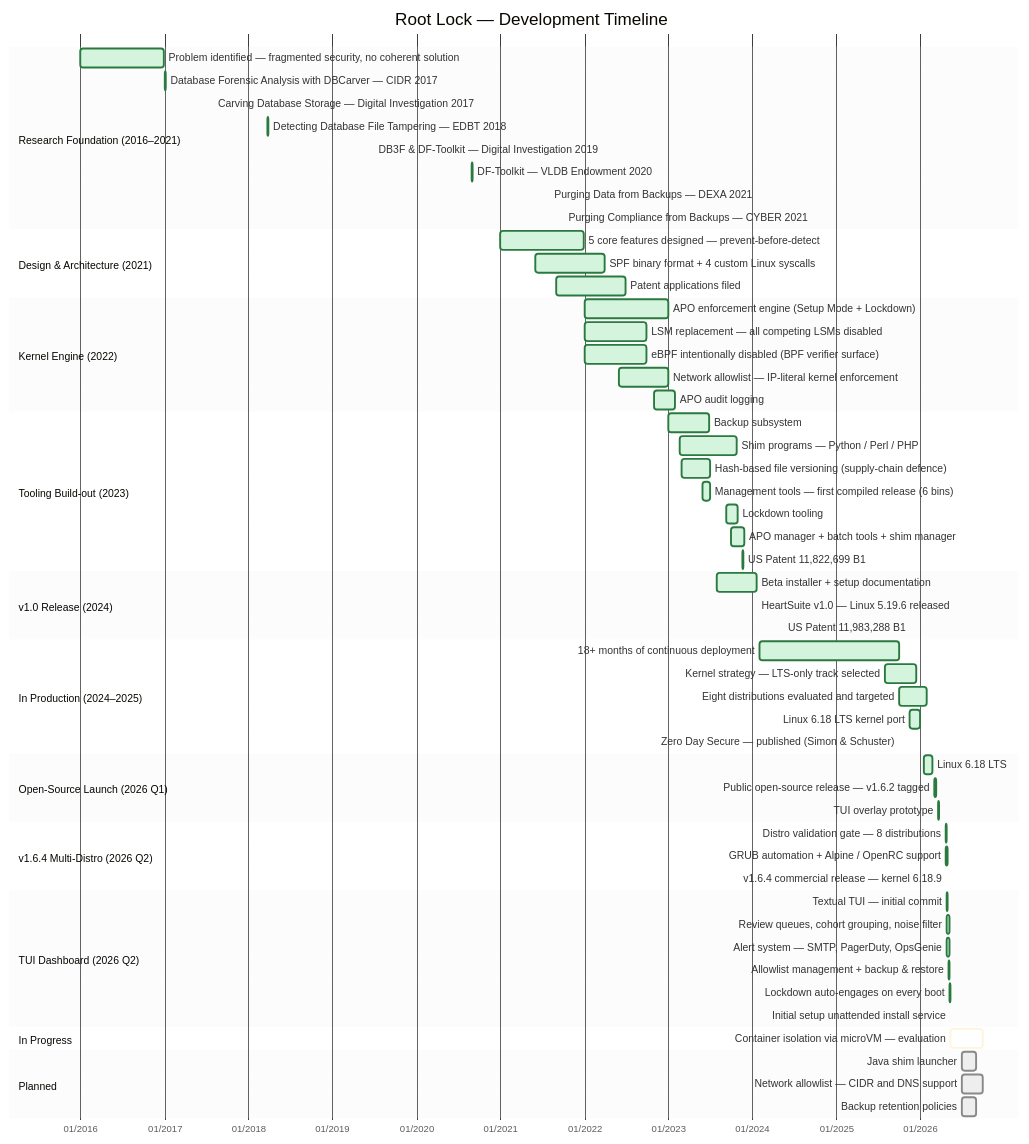
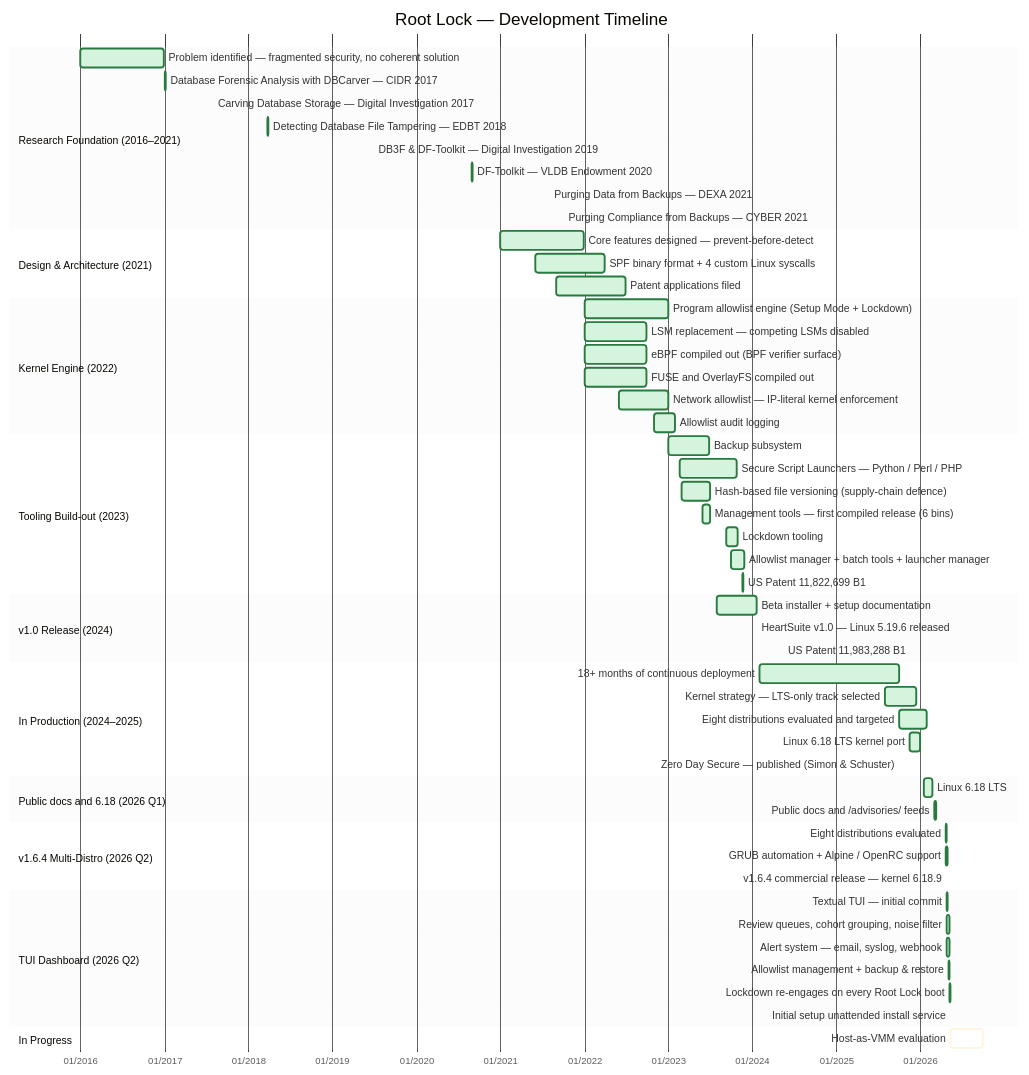
One commit to HeartSecuritySuite/heartsuite-docs changed the diagram in content/en/docs/roadmap/_index.md. Above: the diagram before and after it, drawn with Mermaid. The commit also changed other lines of this file and 6 other files, not shown here.

First line of the commit message:
docs: refresh Roadmap, SOC 2, compliance, and appendix facts

````diff
--- a/content/en/docs/roadmap/_index.md
+++ b/content/en/docs/roadmap/_index.md
@@ -26,76 +28,71 @@
 ```mermaid
 %%{init: {'theme':'base', 'themeVariables': {'doneTaskBkgColor':'#d4f4dd','doneTaskBorderColor':'#2a7a40','sectionBkgColor':'#eee','sectionBkgColor2':'#eee','taskBkgColor':'#eee','taskBorderColor':'#888','gridColor':'#888'}}}%%
 gantt
     title Root Lock — Development Timeline
     dateFormat YYYY-MM-DD
     axisFormat %m/%Y
 
     section Research Foundation (2016–2021)
     Problem identified — fragmented security, no coherent solution :done, 2016-01-01, 2016-12-31
     Database Forensic Analysis with DBCarver — CIDR 2017         :done, 2017-01-04, 2017-01-05
     Carving Database Storage — Digital Investigation 2017        :done, 2017-08-01, 2017-08-02
     Detecting Database File Tampering — EDBT 2018                :done, 2018-03-26, 2018-03-27
     DB3F & DF-Toolkit — Digital Investigation 2019               :done, 2019-07-01, 2019-07-02
     DF-Toolkit — VLDB Endowment 2020                             :done, 2020-08-31, 2020-09-01
     Purging Data from Backups — DEXA 2021                        :done, 2021-08-01, 2021-08-02
     Purging Compliance from Backups — CYBER 2021                 :done, 2021-10-03, 2021-10-04
 
     section Design & Architecture (2021)
-    5 core features designed — prevent-before-detect  :done, 2021-01-01, 2021-12-31
+    Core features designed — prevent-before-detect     :done, 2021-01-01, 2021-12-31
     SPF binary format + 4 custom Linux syscalls        :done, 2021-06-01, 2022-03-31
     Patent applications filed                          :done, 2021-09-01, 2022-06-30
 
     section Kernel Engine (2022)
-    APO enforcement engine (Setup Mode + Lockdown)     :done, 2022-01-01, 2022-12-31
-    LSM replacement — all competing LSMs disabled      :done, 2022-01-01, 2022-09-30
-    eBPF intentionally disabled (BPF verifier surface) :done, 2022-01-01, 2022-09-30
+    Program allowlist engine (Setup Mode + Lockdown)   :done, 2022-01-01, 2022-12-31
+    LSM replacement — competing LSMs disabled          :done, 2022-01-01, 2022-09-30
+    eBPF compiled out (BPF verifier surface)           :done, 2022-01-01, 2022-09-30
+    FUSE and OverlayFS compiled out                    :done, 2022-01-01, 2022-09-30
     Network allowlist — IP-literal kernel enforcement  :done, 2022-06-01, 2022-12-31
-    APO audit logging                                  :done, 2022-11-01, 2023-01-31
+    Allowlist audit logging                            :done, 2022-11-01, 2023-01-31
 
     section Tooling Build-out (2023)
     Backup subsystem                                  :done, 2023-01-01, 2023-06-30
-    Shim programs — Python / Perl / PHP               :done, 2023-02-20, 2023-10-25
+    Secure Script Launchers — Python / Perl / PHP     :done, 2023-02-20, 2023-10-25
     Hash-based file versioning (supply-chain defence) :done, 2023-03-01, 2023-07-01
     Management tools — first compiled release (6 bins) :done, 2023-06-01, 2023-07-01
     Lockdown tooling                                  :done, 2023-09-11, 2023-10-31
-    APO manager + batch tools + shim manager          :done, 2023-10-01, 2023-11-30
+    Allowlist manager + batch tools + launcher manager :done, 2023-10-01, 2023-11-30
     US Patent 11,822,699 B1                           :done, 2023-11-21, 2023-11-22
 
     section v1.0 Release (2024)
     Beta installer + setup documentation              :done, 2023-07-31, 2024-01-20
     HeartSuite v1.0 — Linux 5.19.6 released           :done, 2024-01-20, 2024-01-21
     US Patent 11,983,288 B1                           :done, 2024-05-14, 2024-05-15
 
     section In Production (2024–2025)
     18+ months of continuous deployment        :done, 2024-02-01, 2025-09-30
     Kernel strategy — LTS-only track selected         :done, 2025-08-01, 2025-12-15
     Eight distributions evaluated and targeted        :done, 2025-10-01, 2026-01-31
     Linux 6.18 LTS kernel port                        :done, 2025-11-15, 2025-12-31
     Zero Day Secure — published (Simon & Schuster)    :done, 2025-10-01, 2025-10-02
 
-    section Open-Source Launch (2026 Q1)
+    section Public docs and 6.18 (2026 Q1)
     Linux 6.18 LTS          :done, 2026-01-15, 2026-02-24
-    Public open-source release — v1.6.2 tagged        :done, 2026-03-05, 2026-03-12
-    TUI overlay prototype                             :done, 2026-03-18, 2026-03-26
+    Public docs and /advisories/ feeds                :done, 2026-03-05, 2026-03-12
 
     section v1.6.4 Multi-Distro (2026 Q2)
-    Distro validation gate — 8 distributions          :done, 2026-04-22, 2026-04-26
+    Eight distributions evaluated                     :done, 2026-04-22, 2026-04-26
     GRUB automation + Alpine / OpenRC support         :done, 2026-04-23, 2026-04-29
     v1.6.4 commercial release — kernel 6.18.9         :done, 2026-04-26, 2026-04-27
 
     section TUI Dashboard (2026 Q2)
     Textual TUI — initial commit                      :done, 2026-04-28, 2026-04-29
     Review queues, cohort grouping, noise filter      :done, 2026-04-28, 2026-05-07
-    Alert system — SMTP, PagerDuty, OpsGenie          :done, 2026-04-28, 2026-05-07
+    Alert system — email, syslog, webhook             :done, 2026-04-28, 2026-05-07
     Allowlist management + backup & restore           :done, 2026-05-04, 2026-05-10
-    Lockdown auto-engages on every boot               :done, 2026-05-07, 2026-05-12
+    Lockdown re-engages on every Root Lock boot       :done, 2026-05-07, 2026-05-12
     Initial setup unattended install service          :done, 2026-05-12, 2026-05-14
 
     section In Progress
-    Container isolation via microVM — evaluation      :active, 2026-05-14, 2026-09-30
-
-    section Planned
-    Java shim launcher                               :2026-07-01, 2026-08-31
-    Network allowlist — CIDR and DNS support         :2026-07-01, 2026-09-30
-    Backup retention policies                        :2026-07-01, 2026-08-31
+    Host-as-VMM evaluation                            :active, 2026-05-14, 2026-09-30
 ```
````
